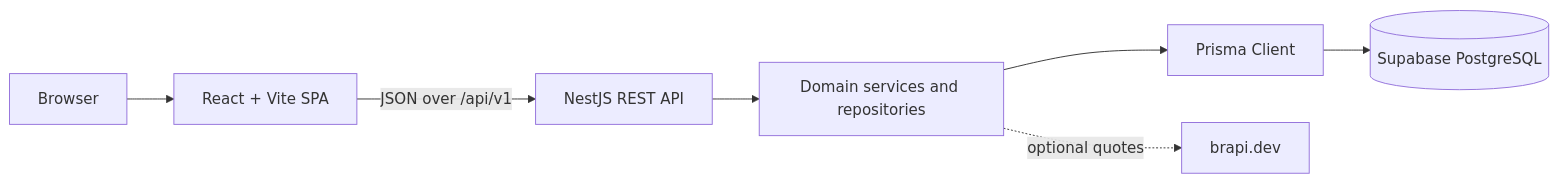
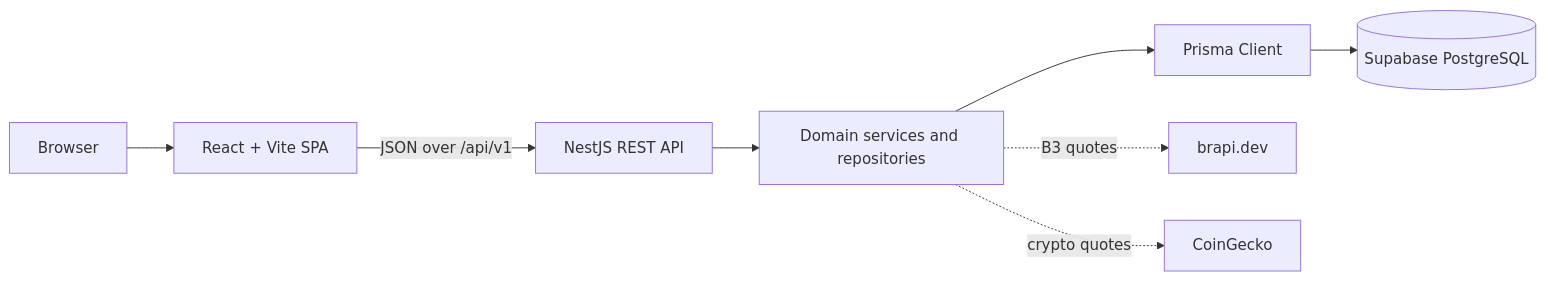
Before and after one commit to salmoriadev/FinanceBuddy: the diagram in README.md, drawn with Mermaid. The commit also changed other lines of this file and 12 other files, not shown here.

````diff
--- a/README.md
+++ b/README.md
@@ -44,17 +44,19 @@
 ```mermaid
 flowchart LR
   Browser[Browser]
   Web[React + Vite SPA]
   API[NestJS REST API]
   Domain[Domain services and repositories]
   Prisma[Prisma Client]
   DB[(Supabase PostgreSQL)]
   Brapi[brapi.dev]
+  CoinGecko[CoinGecko]
 
   Browser --> Web
   Web -->|JSON over /api/v1| API
   API --> Domain
   Domain --> Prisma
   Prisma --> DB
-  Domain -. optional quotes .-> Brapi
+  Domain -. B3 quotes .-> Brapi
+  Domain -. crypto quotes .-> CoinGecko
 ```
````
